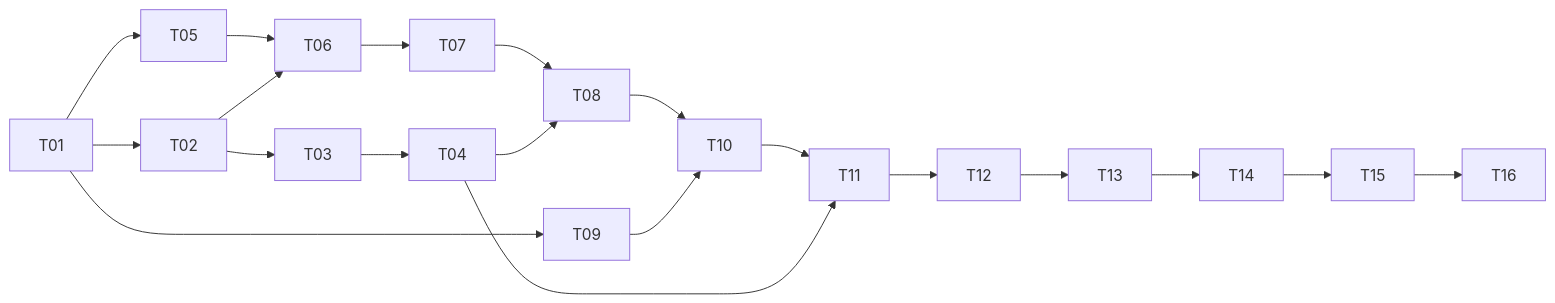
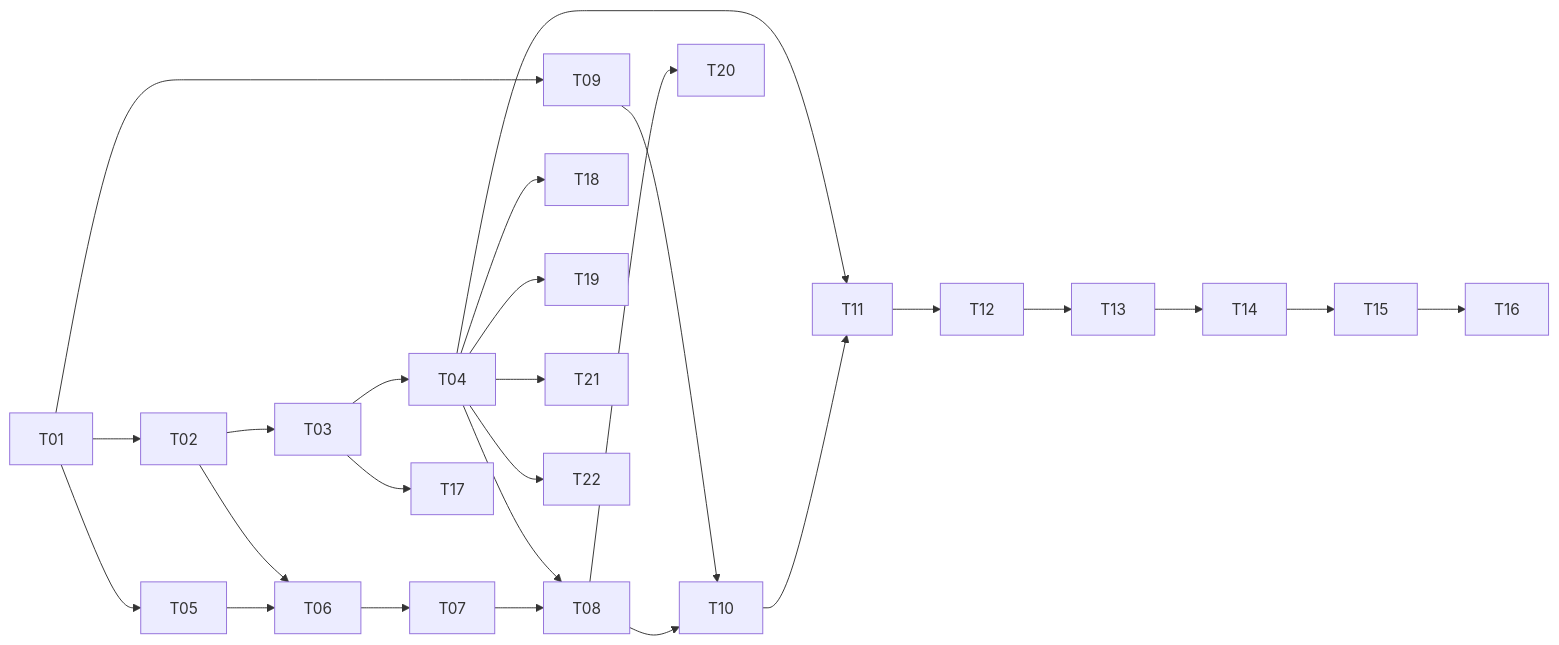
One commit to Zero-State-LLC/BlackDog changed the diagram in specs/001-faustcoder/tasks.md. Above: the diagram before and after it, drawn with Mermaid. The commit also changed other lines of this file and 16 other files, not shown here.

````diff
--- a/specs/001-faustcoder/tasks.md
+++ b/specs/001-faustcoder/tasks.md
@@ -107,11 +139,17 @@
 ```mermaid
 graph LR
     T01 --> T02 --> T03 --> T04
     T01 --> T05 --> T06
     T02 --> T06 --> T07 --> T08
     T04 --> T08
     T01 --> T09
     T08 --> T10
     T09 --> T10 --> T11
     T04 --> T11 --> T12 --> T13 --> T14 --> T15 --> T16
+    T03 --> T17
+    T04 --> T18
+    T04 --> T19
+    T08 --> T20
+    T04 --> T21
+    T04 --> T22
 ```
````
